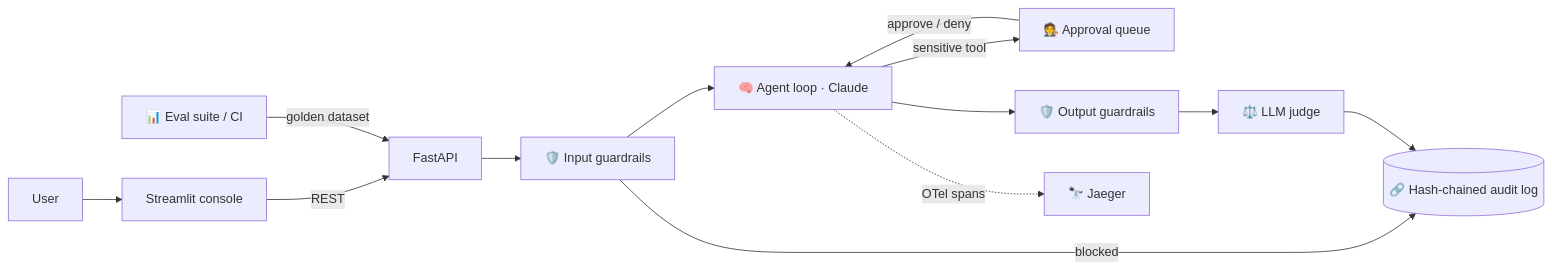
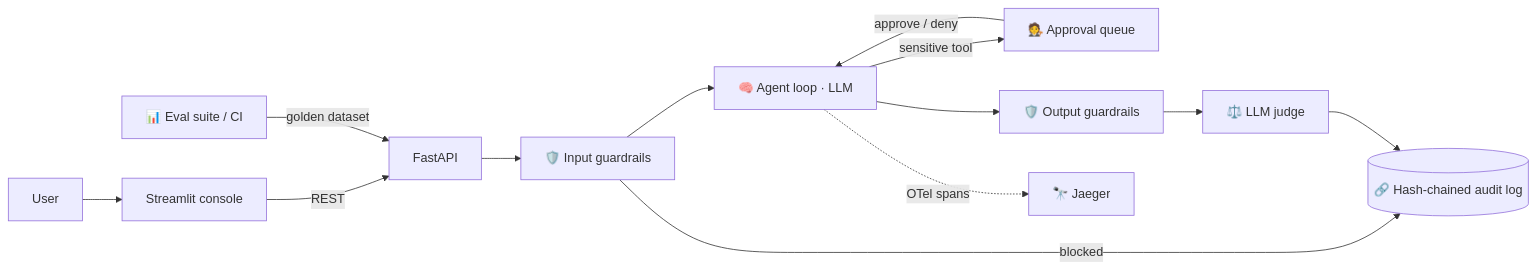
Before and after one commit to mittuthomas/hellobot-responsible-ai: the second of 2 diagrams in README.md, drawn with Mermaid. The commit also changed other lines of this file and 12 other files, not shown here.

First line of the commit message:
Make the agent work with any LLM provider

````diff
--- a/README.md
+++ b/README.md
@@ -43,15 +43,15 @@
 ```mermaid
 flowchart LR
     U[User] --> UI[Streamlit console]
     UI -->|REST| API[FastAPI]
     API --> IG[🛡️ Input guardrails]
     IG -->|blocked| AUD
-    IG --> AG[🧠 Agent loop · Claude]
+    IG --> AG[🧠 Agent loop · LLM]
     AG -->|sensitive tool| HITL[🧑‍⚖️ Approval queue]
     HITL -->|approve / deny| AG
     AG --> OG[🛡️ Output guardrails]
     OG --> J[⚖️ LLM judge]
     J --> AUD[(🔗 Hash-chained audit log)]
     AG -. OTel spans .-> JG[🔭 Jaeger]
     EV[📊 Eval suite / CI] -->|golden dataset| API
 ```
````
